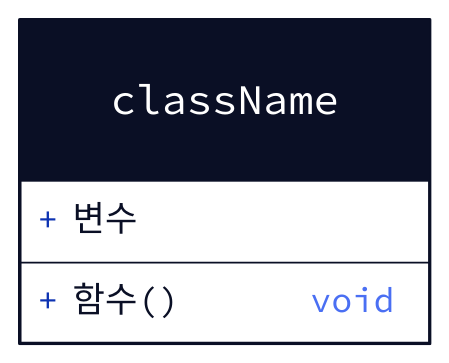
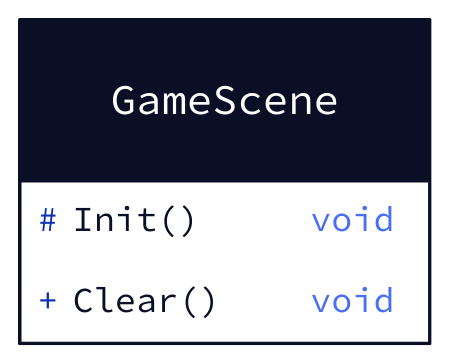
Before and after one commit to SandyLee-00/Unity_Rookiss_3: the diagram in D2/Scenes/GameScene.d2, drawn with D2. The commit also changed 2 other files, not shown here.

Commit message:
:scroll: PoolManager, BaseScene, GameScene

```diff
--- a/D2/Scenes/GameScene.d2
+++ b/D2/Scenes/GameScene.d2
@@ -1,6 +1,5 @@
-className: {
+GameScene: {
   shape: class
-  변수
-
-  함수()
+  \#Init()
+  Clear()
 }
```
